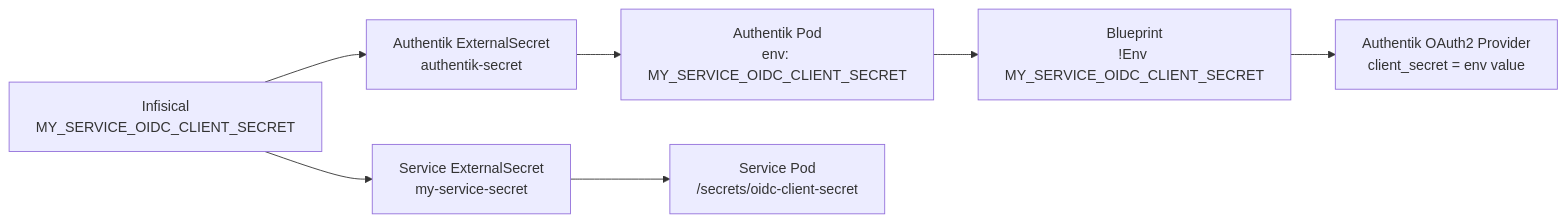
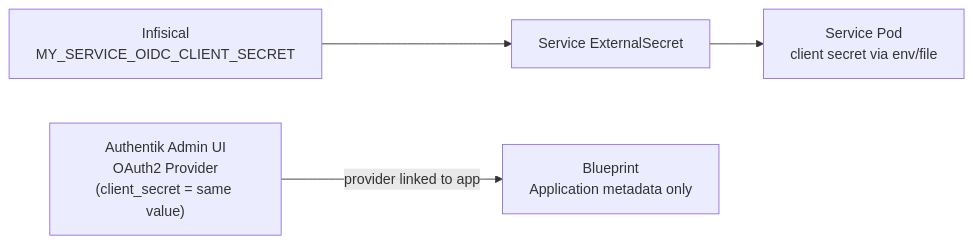
Before and after one commit to holdennguyen/homelab: the second of 2 diagrams in k8s/apps/authentik/README.md, drawn with Mermaid. The commit also changed other lines of this file and 4 other files, not shown here.

First line of the commit message:
fix: manage OIDC provider via Authentik UI, not blueprint (#86)

````diff
--- a/k8s/apps/authentik/README.md
+++ b/k8s/apps/authentik/README.md
@@ -166,13 +167,11 @@
 ```mermaid
 flowchart LR
     Infisical["Infisical\nMY_SERVICE_OIDC_CLIENT_SECRET"]
-    AuthentikES["Authentik ExternalSecret\nauthentik-secret"]
-    ServiceES["Service ExternalSecret\nmy-service-secret"]
-    AuthentikPod["Authentik Pod\nenv: MY_SERVICE_OIDC_CLIENT_SECRET"]
-    Blueprint["Blueprint\n!Env MY_SERVICE_OIDC_CLIENT_SECRET"]
-    Provider["Authentik OAuth2 Provider\nclient_secret = env value"]
-    ServicePod["Service Pod\n/secrets/oidc-client-secret"]
+    ServiceES["Service ExternalSecret"]
+    ServicePod["Service Pod\nclient secret via env/file"]
+    AuthentikUI["Authentik Admin UI\nOAuth2 Provider\n(client_secret = same value)"]
+    Blueprint["Blueprint\nApplication metadata only"]
 
-    Infisical --> AuthentikES --> AuthentikPod --> Blueprint --> Provider
     Infisical --> ServiceES --> ServicePod
+    AuthentikUI -- "provider linked to app" --> Blueprint
 ```
````
